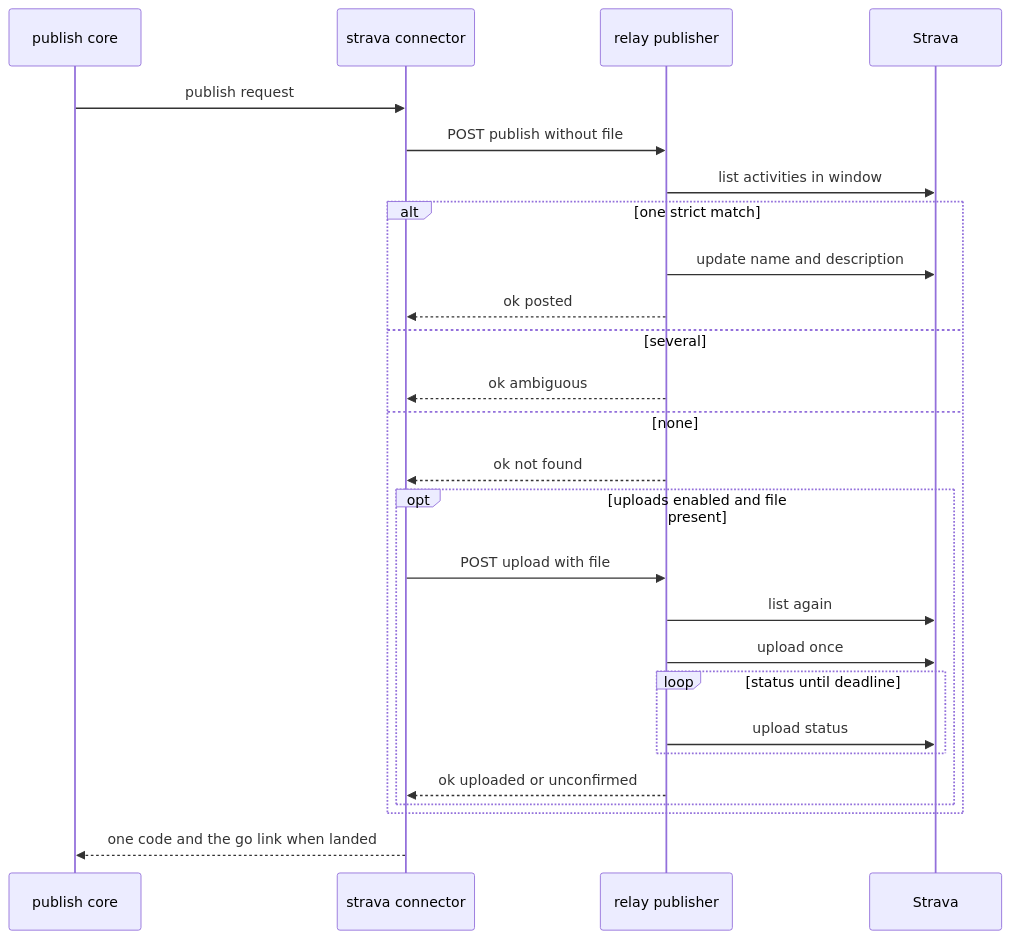
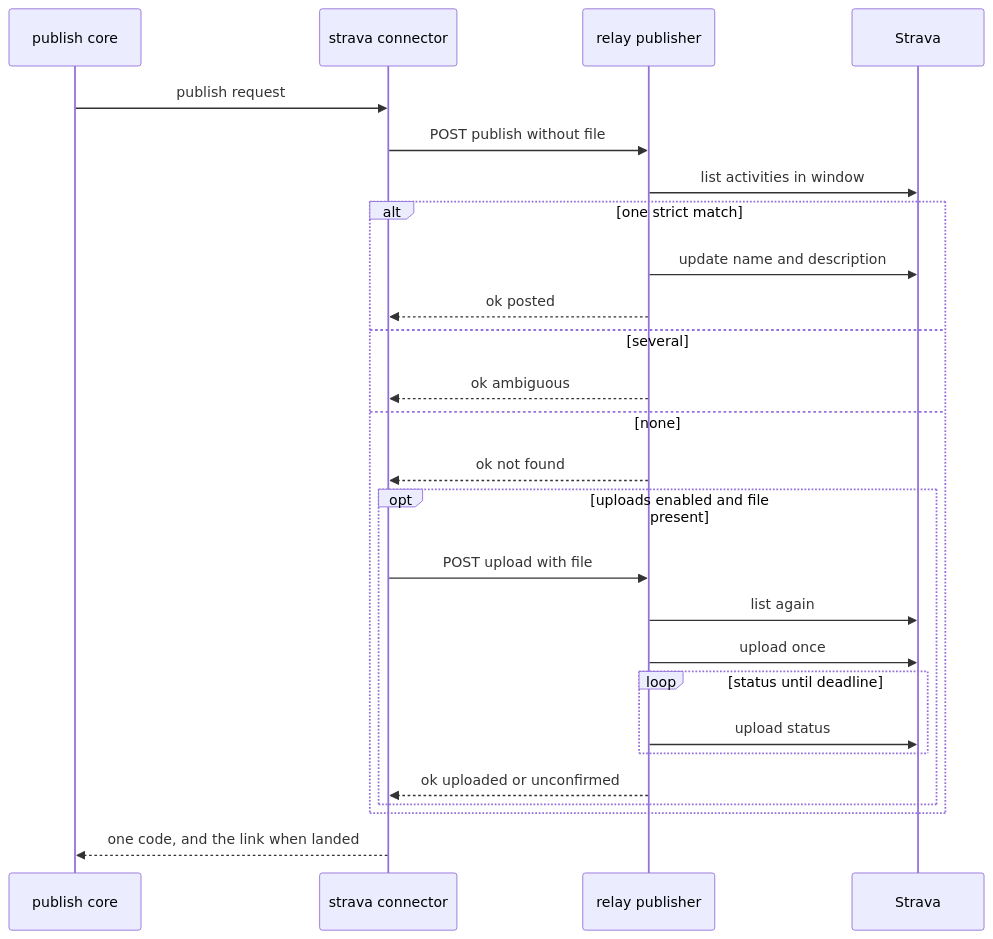
One commit to joshua-stauffer/fitdocs changed the third of 4 diagrams in .kiro/specs/strava-publish/design.md. Above: the diagram before and after it, drawn with Mermaid. The commit also changed other lines of this file and 4 other files, not shown here.

````diff
--- a/.kiro/specs/strava-publish/design.md
+++ b/.kiro/specs/strava-publish/design.md
@@ -563,28 +567,28 @@
 ```mermaid
 sequenceDiagram
     participant Core as publish core
     participant Conn as strava connector
     participant Relay as relay publisher
     participant St as Strava
     Core->>Conn: publish request
     Conn->>Relay: POST publish without file
     Relay->>St: list activities in window
     alt one strict match
         Relay->>St: update name and description
         Relay-->>Conn: ok posted
     else several
         Relay-->>Conn: ok ambiguous
     else none
         Relay-->>Conn: ok not found
         opt uploads enabled and file present
             Conn->>Relay: POST upload with file
             Relay->>St: list again
             Relay->>St: upload once
             loop status until deadline
                 Relay->>St: upload status
             end
             Relay-->>Conn: ok uploaded or unconfirmed
         end
     end
-    Conn-->>Core: one code and the go link when landed
+    Conn-->>Core: one code, and the link when landed
 ```
````
